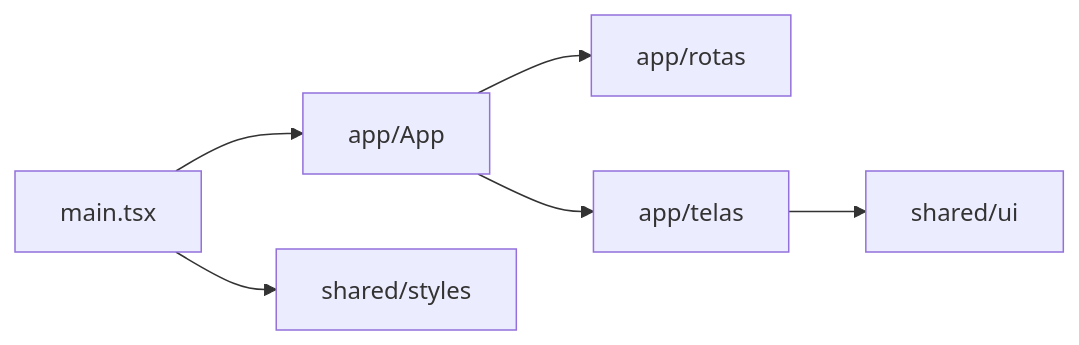
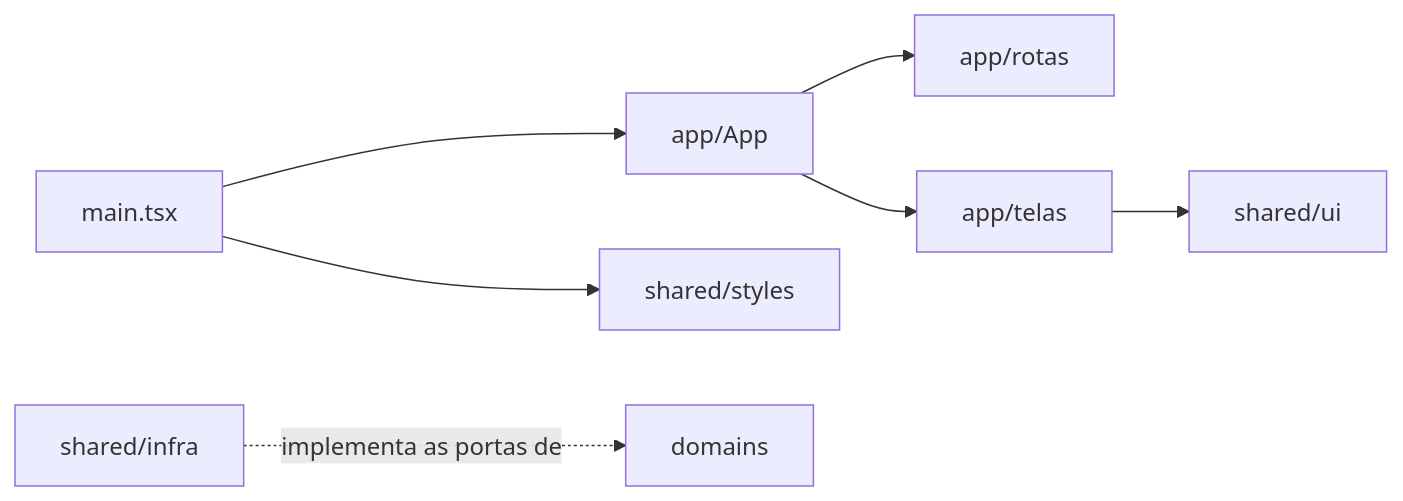
The diagram in src/README.md (TokumoH/RevocastCameras), drawn with Mermaid before and after one commit. The commit also changed other lines of this file and 18 other files, not shown here.

````diff
--- a/src/README.md
+++ b/src/README.md
@@ -51,8 +52,9 @@
 ```mermaid
 flowchart LR
     M[main.tsx] --> A[app/App]
     A --> R[app/rotas]
     A --> T[app/telas]
     T --> U[shared/ui]
+    I[shared/infra] -. implementa as portas de .-> D[domains]
     M --> ST[shared/styles]
 ```
````
